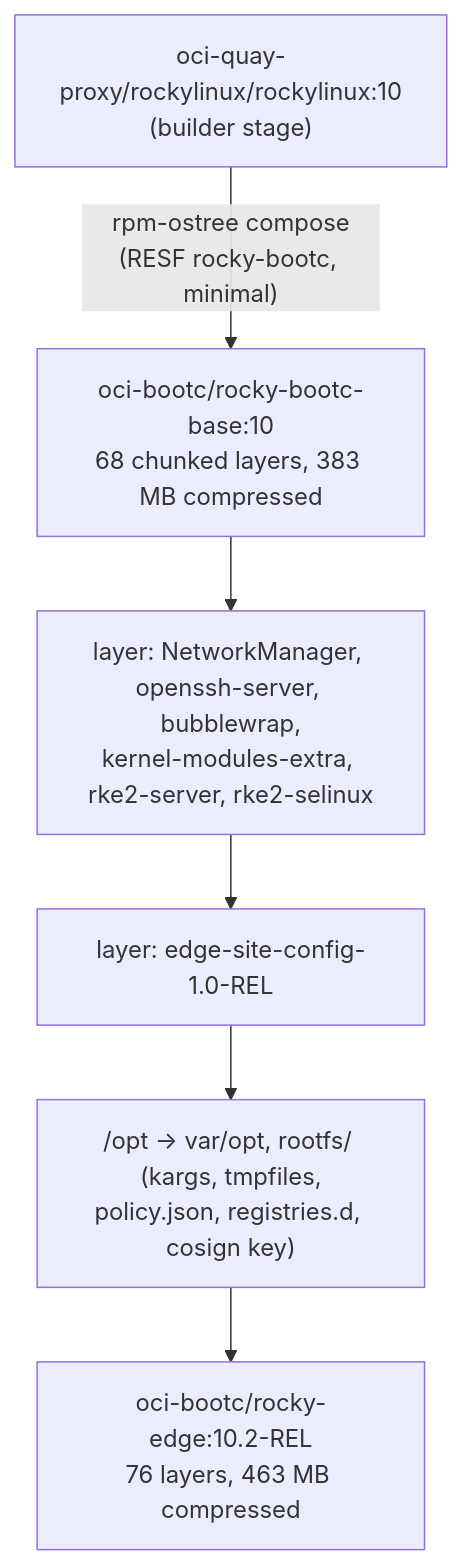
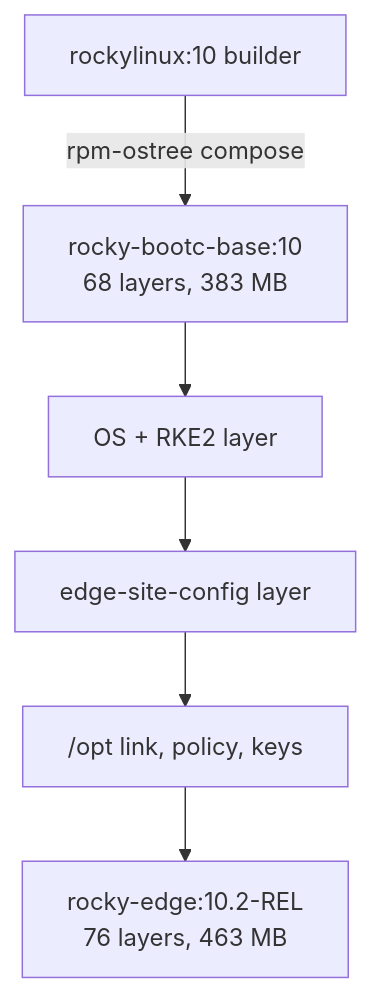
The second of 4 diagrams in docs/architecture.md (brandonrc/rocky-custom-baremetal-deployment), drawn with Mermaid before and after one commit. The commit also changed other lines of this file and 12 other files, not shown here.

````diff
--- a/docs/architecture.md
+++ b/docs/architecture.md
@@ -53,9 +61,9 @@
 ```mermaid
 flowchart TB
-  builder["oci-quay-proxy/rockylinux/rockylinux:10<br/>(builder stage)"] -->|"rpm-ostree compose<br/>(RESF rocky-bootc, minimal)"| base
-  base["oci-bootc/rocky-bootc-base:10<br/>68 chunked layers, 383 MB compressed"] --> l1
-  l1["layer: NetworkManager, openssh-server, bubblewrap,<br/>kernel-modules-extra, rke2-server, rke2-selinux"] --> l2
-  l2["layer: edge-site-config-1.0-REL"] --> l3
-  l3["/opt -> var/opt, rootfs/ (kargs, tmpfiles,<br/>policy.json, registries.d, cosign key)"] --> edge
-  edge["oci-bootc/rocky-edge:10.2-REL<br/>76 layers, 463 MB compressed"]
+  builder["rockylinux:10 builder"] -->|rpm-ostree compose| base
+  base["rocky-bootc-base:10<br/>68 layers, 383 MB"] --> l1
+  l1["OS + RKE2 layer"] --> l2
+  l2["edge-site-config layer"] --> l3
+  l3["/opt link, policy, keys"] --> edge
+  edge["rocky-edge:10.2-REL<br/>76 layers, 463 MB"]
 ```
````
